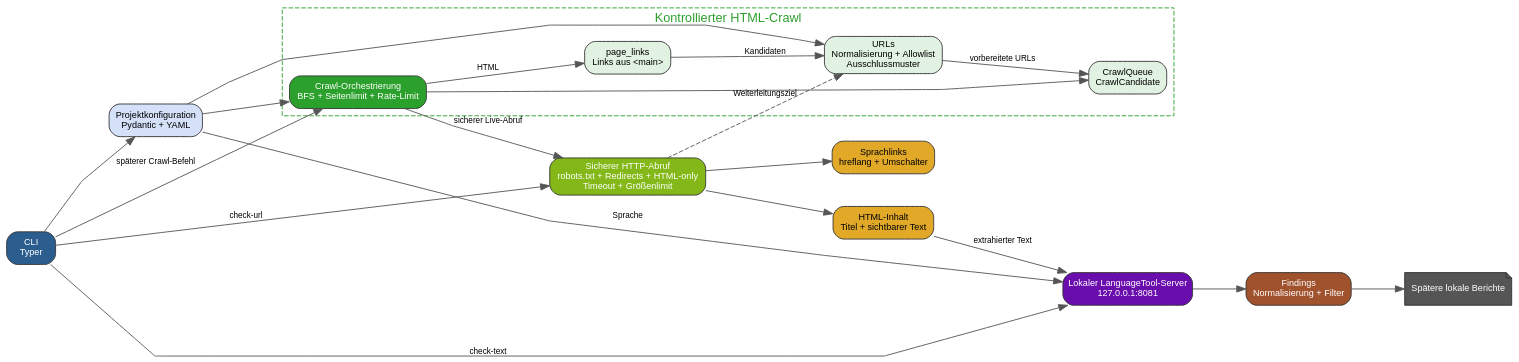
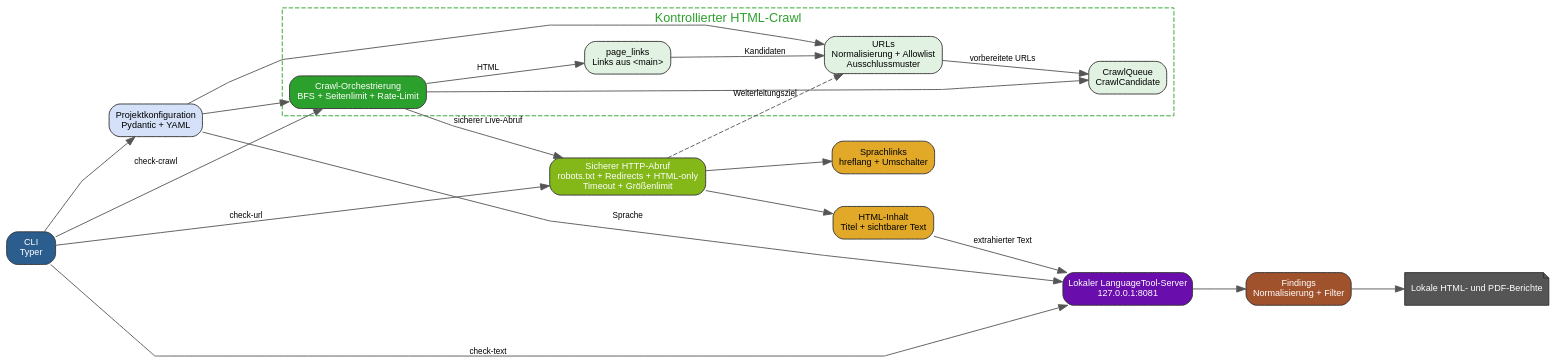
One commit to harald-er-ihn/tu-web-linguacheck changed the diagram in docs/architecture.dot. Above: the diagram before and after it, drawn with Graphviz. The commit also changed 1 other file, not shown here.

Commit message:
Update architecture diagram for crawl and reports

```diff
--- a/docs/architecture.dot
+++ b/docs/architecture.dot
@@ -1,124 +1,124 @@
 digraph tu_web_linguacheck_architecture {
     graph [
         bgcolor="transparent",
         rankdir="LR",
         splines="polyline",
         nodesep="0.5",
         ranksep="0.8",
         fontname="Arial"
     ];
 
     node [
         shape="box",
         style="filled,rounded",
         color="#333333",
         fontname="Arial",
         fontsize="10"
     ];
 
     edge [
         color="#555555",
         fontname="Arial",
         fontsize="9"
     ];
 
     cli [
         label="CLI\nTyper",
         fillcolor="#2B5E8F",
         fontcolor="white"
     ];
 
     config [
         label="Projektkonfiguration\nPydantic + YAML",
         fillcolor="#D4E1F9"
     ];
 
     subgraph cluster_crawl {
         label="Kontrollierter HTML-Crawl";
         color="#2CA02C";
         fontcolor="#2CA02C";
         style="dashed";
 
         crawler [
             label="Crawl-Orchestrierung\nBFS + Seitenlimit + Rate-Limit",
             fillcolor="#2CA02C",
             fontcolor="white"
         ];
 
         queue [
             label="CrawlQueue\nCrawlCandidate",
             fillcolor="#E2F2E2"
         ];
 
         links [
             label="page_links\nLinks aus <main>",
             fillcolor="#E2F2E2"
         ];
 
         urls [
             label="URLs\nNormalisierung + Allowlist\nAusschlussmuster",
             fillcolor="#E2F2E2"
         ];
     }
 
     http [
         label="Sicherer HTTP-Abruf\nrobots.txt + Redirects + HTML-only\nTimeout + Größenlimit",
         fillcolor="#83B818",
         fontcolor="white"
     ];
 
     content [
         label="HTML-Inhalt\nTitel + sichtbarer Text",
         fillcolor="#E2A929"
     ];
 
     languages [
         label="Sprachlinks\nhreflang + Umschalter",
         fillcolor="#E2A929"
     ];
 
     languagetool [
         label="Lokaler LanguageTool-Server\n127.0.0.1:8081",
         fillcolor="#6A0DAD",
         fontcolor="white"
     ];
 
     findings [
         label="Findings\nNormalisierung + Filter",
         fillcolor="#A0522D",
         fontcolor="white"
     ];
 
     reports [
-        label="Spätere lokale Berichte",
+        label="Lokale HTML- und PDF-Berichte",
         fillcolor="#555555",
         fontcolor="white",
         shape="note"
     ];
 
     cli -> config;
-    cli -> crawler [label="späterer Crawl-Befehl"];
+    cli -> crawler [label="check-crawl"];
     cli -> http [label="check-url"];
     cli -> languagetool [label="check-text"];
 
     config -> crawler;
     config -> urls;
     config -> languagetool [label="Sprache"];
 
     crawler -> queue;
     crawler -> http [label="sicherer Live-Abruf"];
     crawler -> links [label="HTML"];
     links -> urls [label="Kandidaten"];
     urls -> queue [label="vorbereitete URLs"];
 
     http -> content;
     http -> languages;
     content -> languagetool [label="extrahierter Text"];
     languagetool -> findings;
     findings -> reports;
 
     http -> urls [
         label="Weiterleitungsziel",
         style="dashed"
     ];
 }
```
